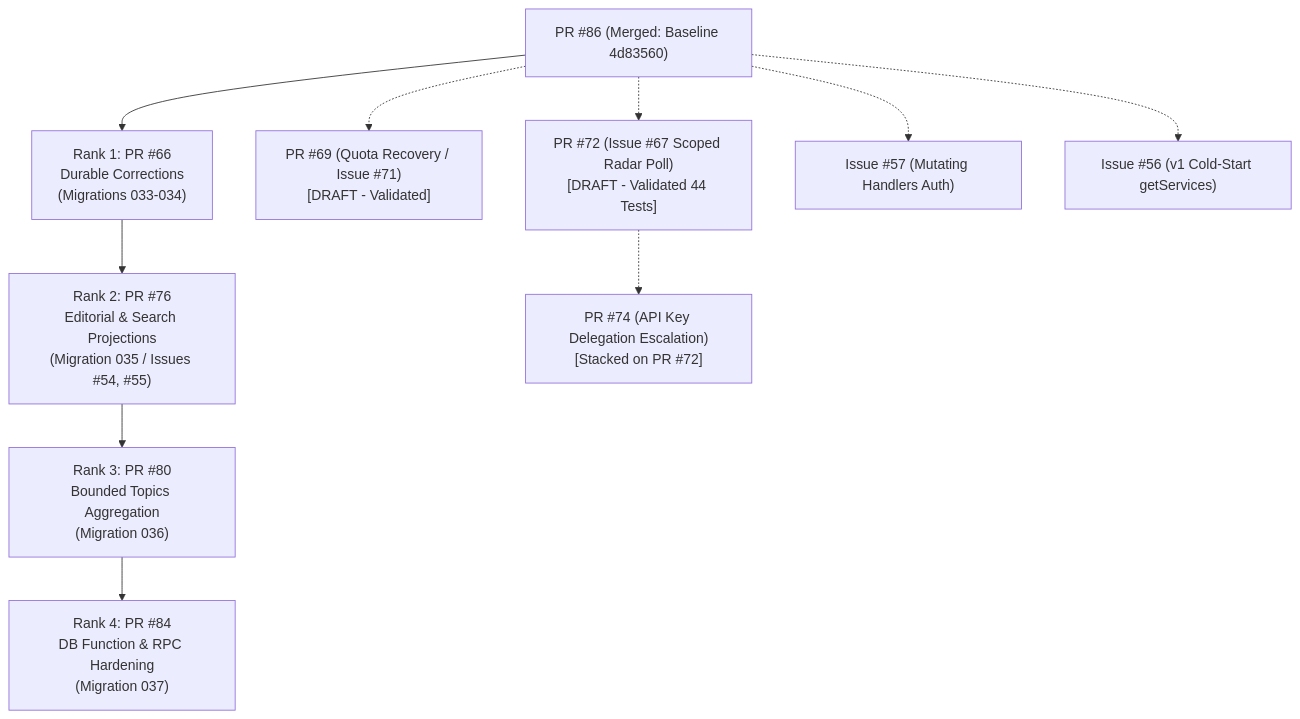
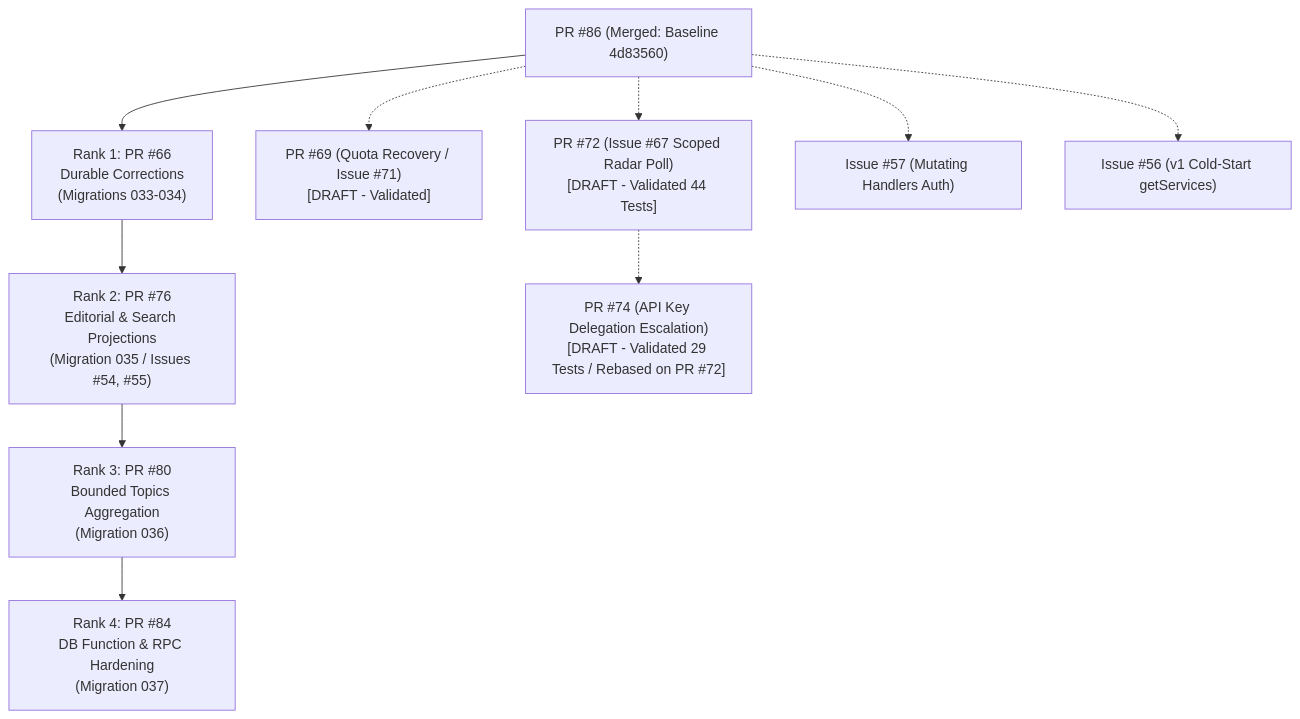
One commit to thebreakdowndaily/thebreakdown-os changed the diagram in master-system-repair-and-integration-report.md. Above: the diagram before and after it, drawn with Mermaid. The commit also changed other lines of this file, not shown here.

Commit message:
docs(mission): update master report with Mission 5B Cloudflare recovery and API-key role consistency

````diff
--- a/master-system-repair-and-integration-report.md
+++ b/master-system-repair-and-integration-report.md
@@ -188,13 +247,13 @@
 ```mermaid
 flowchart TD
     PR86["PR #86 (Merged: Baseline 4d83560)"] --> PR66["Rank 1: PR #66\nDurable Corrections\n(Migrations 033-034)"]
     PR66 --> PR76["Rank 2: PR #76\nEditorial & Search Projections\n(Migration 035 / Issues #54, #55)"]
     PR76 --> PR80["Rank 3: PR #80\nBounded Topics Aggregation\n(Migration 036)"]
     PR80 --> PR84["Rank 4: PR #84\nDB Function & RPC Hardening\n(Migration 037)"]
     
     PR86 -.-> PR69["PR #69 (Quota Recovery / Issue #71)\n[DRAFT - Validated]"]
     PR86 -.-> PR72["PR #72 (Issue #67 Scoped Radar Poll)\n[DRAFT - Validated 44 Tests]"]
-    PR72 -.-> PR74["PR #74 (API Key Delegation Escalation)\n[Stacked on PR #72]"]
+    PR72 -.-> PR74["PR #74 (API Key Delegation Escalation)\n[DRAFT - Validated 29 Tests / Rebased on PR #72]"]
     PR86 -.-> ISS57["Issue #57 (Mutating Handlers Auth)"]
     PR86 -.-> ISS56["Issue #56 (v1 Cold-Start getServices)"]
 ```
````
